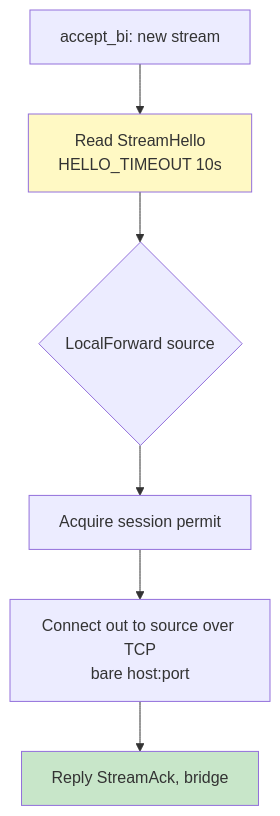
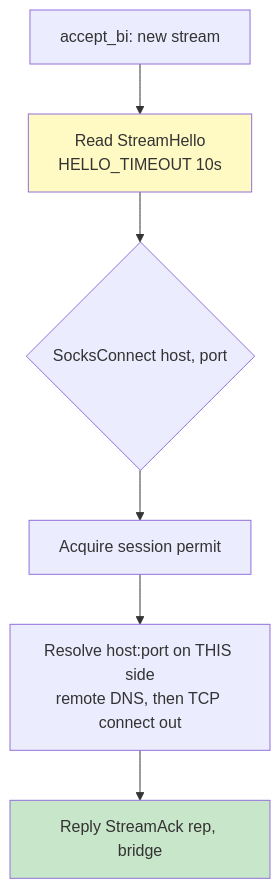
Before and after one commit to andrewtheguy/duopipe: the seventh of 21 diagrams in docs/ARCHITECTURE.md, drawn with Mermaid. The commit also changed other lines of this file and 11 other files, not shown here.

````diff
--- a/docs/ARCHITECTURE.md
+++ b/docs/ARCHITECTURE.md
@@ -256,12 +259,12 @@
 ```mermaid
 graph TB
     A[accept_bi: new stream] --> B[Read StreamHello<br/>HELLO_TIMEOUT 10s]
-    B --> C{LocalForward source}
+    B --> C{SocksConnect host, port}
 
     C --> D[Acquire session permit]
-    D --> E[Connect out to source over TCP<br/>bare host:port]
-    E --> F[Reply StreamAck, bridge]
+    D --> E[Resolve host:port on THIS side<br/>remote DNS, then TCP connect out]
+    E --> F[Reply StreamAck rep, bridge]
 
     style B fill:#FFF9C4
     style F fill:#C8E6C9
 ```
````
